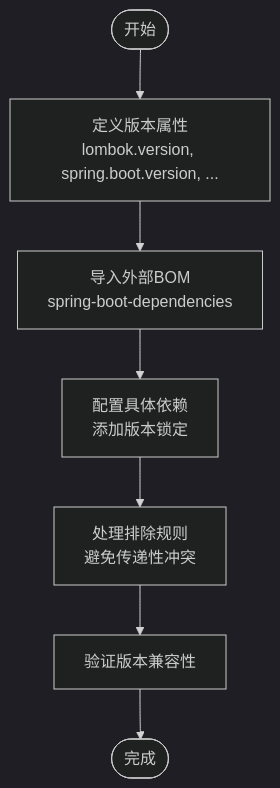
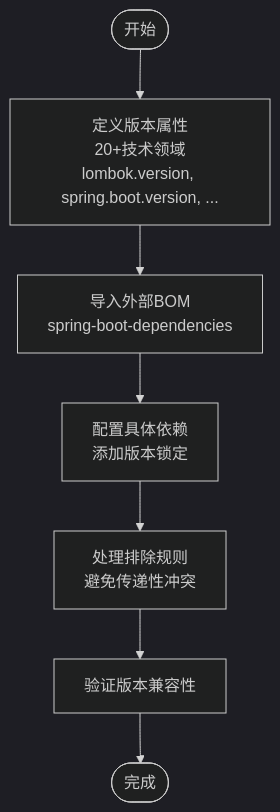
Before and after one commit to guanglei93/pandora-cloud: the fifth of 8 diagrams in .qoder/repowiki/zh/content/架构设计/依赖管理架构.md, drawn with Mermaid (dark theme). The commit also changed other lines of this file and 5 other files, not shown here.

````diff
--- a/.qoder/repowiki/zh/content/架构设计/依赖管理架构.md
+++ b/.qoder/repowiki/zh/content/架构设计/依赖管理架构.md
@@ -229,9 +275,9 @@
 ```mermaid
 flowchart TD
-Start([开始]) --> DefineProps["定义版本属性<br/>lombok.version, spring.boot.version, ..."]
+Start([开始]) --> DefineProps["定义版本属性<br/>20+技术领域<br/>lombok.version, spring.boot.version, ..."]
 DefineProps --> ImportBOM["导入外部BOM<br/>spring-boot-dependencies"]
 ImportBOM --> ConfigureDeps["配置具体依赖<br/>添加版本锁定"]
 ConfigureDeps --> Exclusions["处理排除规则<br/>避免传递性冲突"]
 Exclusions --> Validate["验证版本兼容性"]
 Validate --> End([完成])
 ```
````
